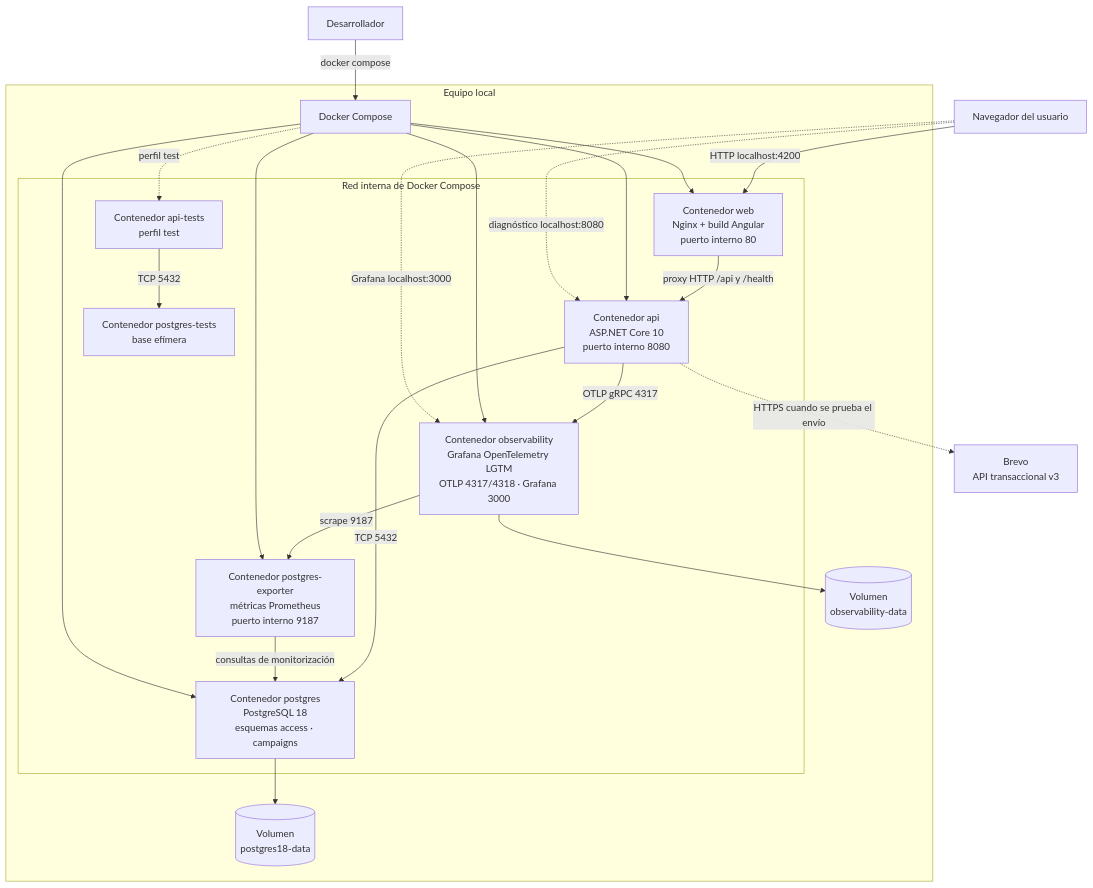
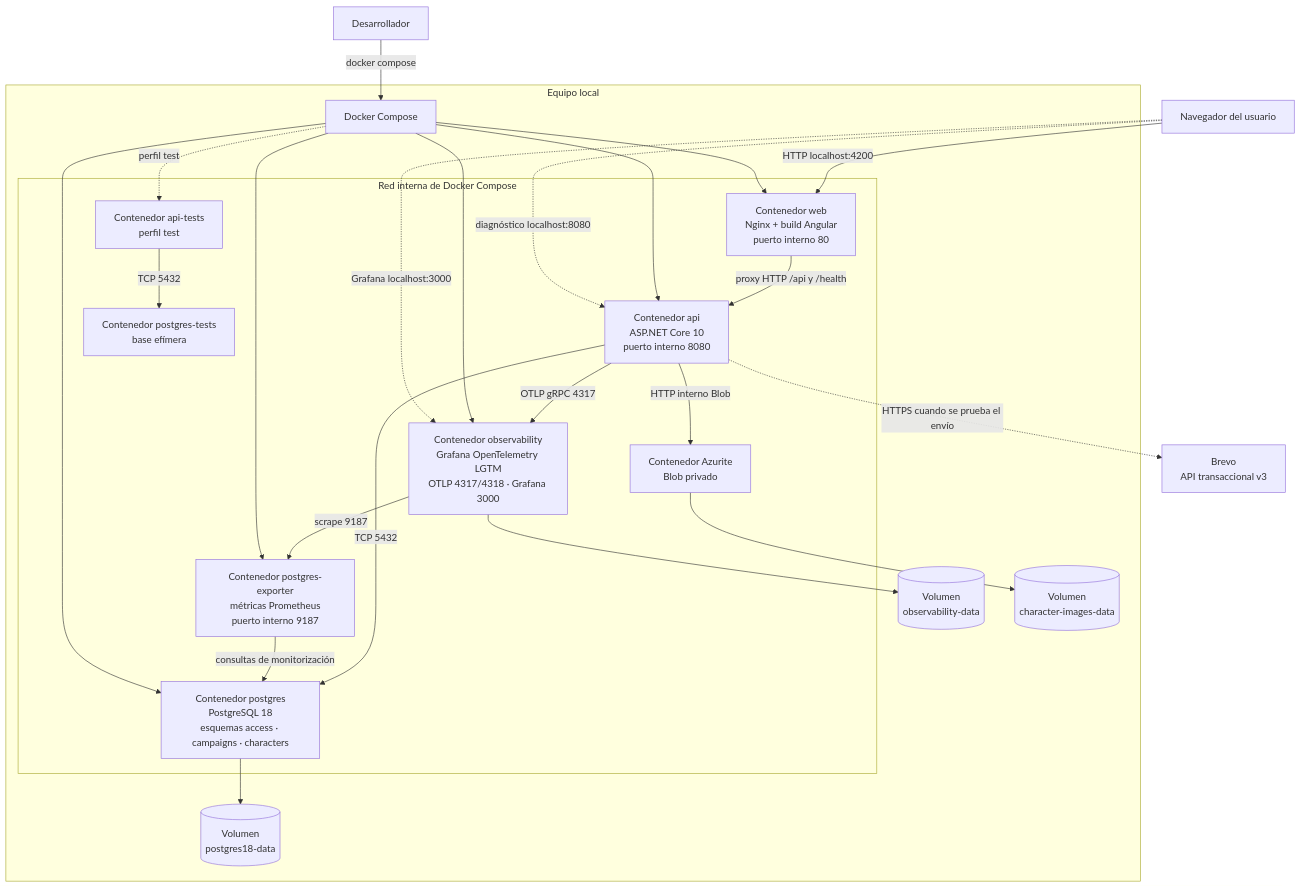
Before and after one commit to PeterBFoo/dnd-campaign-manager: the first of 2 diagrams in docs/architecture/diagrama-de-despliegue.md, drawn with Mermaid. The commit also changed other lines of this file and 74 other files, not shown here.

Commit message:
feat(characters): implement campaign character management

````diff
--- a/docs/architecture/diagrama-de-despliegue.md
+++ b/docs/architecture/diagrama-de-despliegue.md
@@ -10,45 +10,49 @@
 ```mermaid
 flowchart TB
     browser["Navegador del usuario"]
     developer["Desarrollador"]
     brevo["Brevo<br/>API transaccional v3"]
 
     subgraph host["Equipo local"]
         compose["Docker Compose"]
 
         subgraph network["Red interna de Docker Compose"]
             web["Contenedor web<br/>Nginx + build Angular<br/>puerto interno 80"]
             api["Contenedor api<br/>ASP.NET Core 10<br/>puerto interno 8080"]
-            postgres["Contenedor postgres<br/>PostgreSQL 18<br/>esquemas access · campaigns"]
+            postgres["Contenedor postgres<br/>PostgreSQL 18<br/>esquemas access · campaigns · characters"]
+            azurite["Contenedor Azurite<br/>Blob privado"]
             postgres_exporter["Contenedor postgres-exporter<br/>métricas Prometheus<br/>puerto interno 9187"]
             lgtm["Contenedor observability<br/>Grafana OpenTelemetry LGTM<br/>OTLP 4317/4318 · Grafana 3000"]
             tests["Contenedor api-tests<br/>perfil test"]
             postgres_tests["Contenedor postgres-tests<br/>base efímera"]
         end
 
         postgres_volume[("Volumen<br/>postgres18-data")]
         telemetry_volume[("Volumen<br/>observability-data")]
+        image_volume[("Volumen<br/>character-images-data")]
     end
 
     browser -->|"HTTP localhost:4200"| web
     web -->|"proxy HTTP /api y /health"| api
     api -->|"TCP 5432"| postgres
+    api -->|"HTTP interno Blob"| azurite
     api -->|"OTLP gRPC 4317"| lgtm
     api -.->|"HTTPS cuando se prueba el envío"| brevo
     postgres_exporter -->|"consultas de monitorización"| postgres
     lgtm -->|"scrape 9187"| postgres_exporter
 
     developer -->|"docker compose"| compose
     compose --> web
     compose --> api
     compose --> postgres
     compose --> postgres_exporter
     compose --> lgtm
     compose -.->|"perfil test"| tests
     tests -->|"TCP 5432"| postgres_tests
 
     browser -.->|"diagnóstico localhost:8080"| api
     browser -.->|"Grafana localhost:3000"| lgtm
     postgres --> postgres_volume
     lgtm --> telemetry_volume
+    azurite --> image_volume
 ```
````
